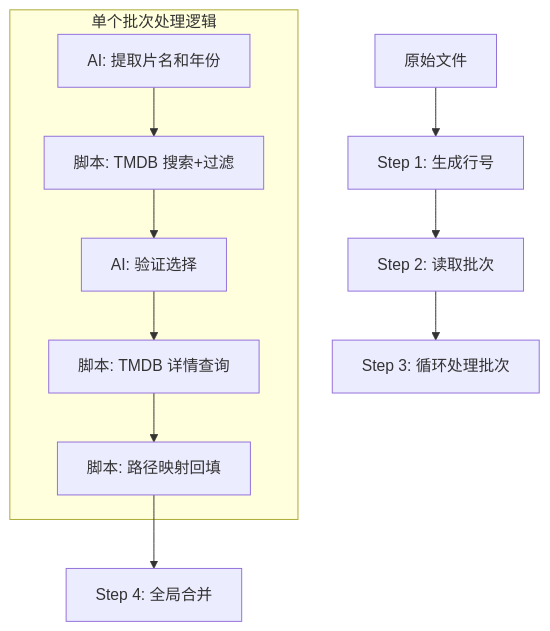
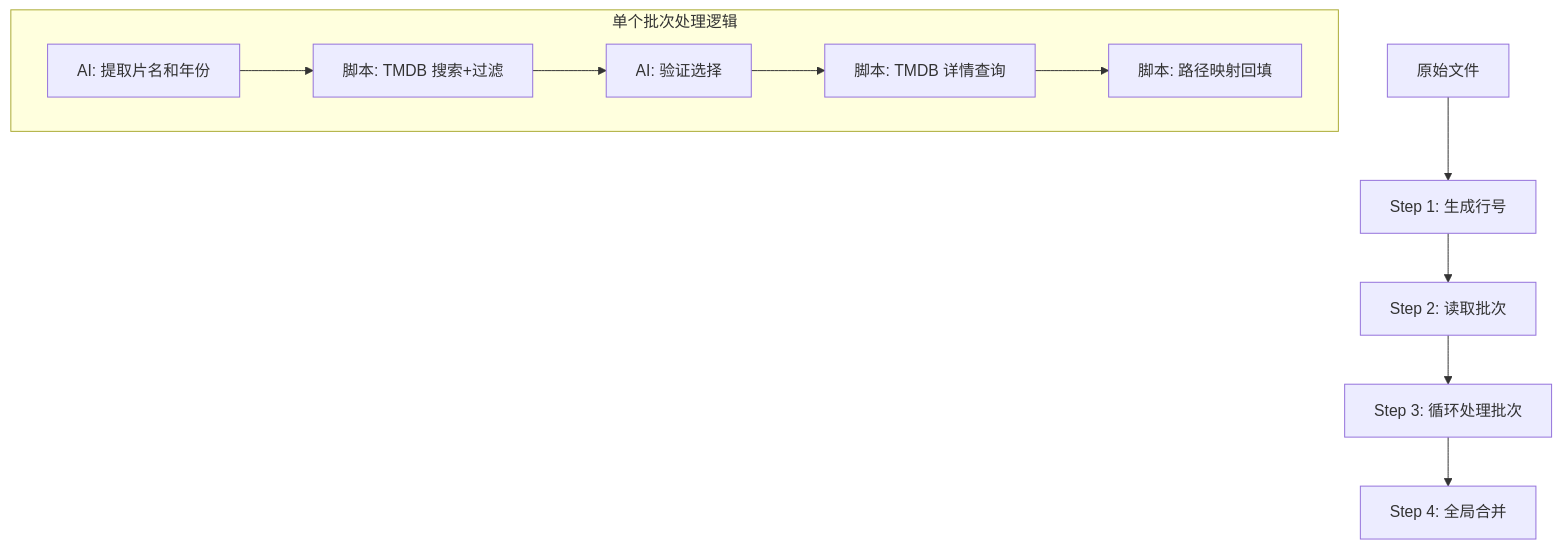
Before and after one commit to zengge96/tmdb-scrape: the diagram in SKILL.md, drawn with Mermaid.

````diff
--- a/SKILL.md
+++ b/SKILL.md
@@ -13,15 +13,15 @@
 ```mermaid
 graph TD
 A[原始文件] --> B[Step 1: 生成行号]
 B --> C[Step 2: 读取批次]
 C --> D[Step 3: 循环处理批次]
 
 subgraph "单个批次处理逻辑"
 D1[AI: 提取片名和年份] --> D2[脚本: TMDB 搜索+过滤]
 D2 --> D3[AI: 验证选择]
 D3 --> D4[脚本: TMDB 详情查询]
 D4 --> D5[脚本: 路径映射回填]
 end
 
-D5 --> E[Step 4: 全局合并]
+D --> E[Step 4: 全局合并]
 ```
````
